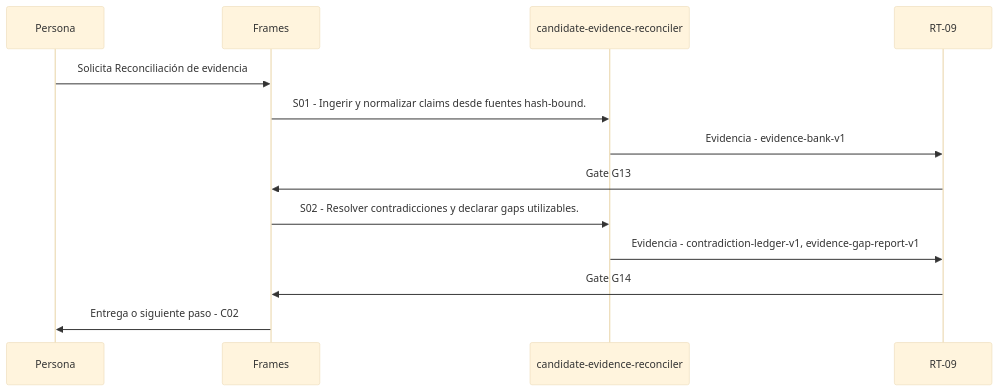
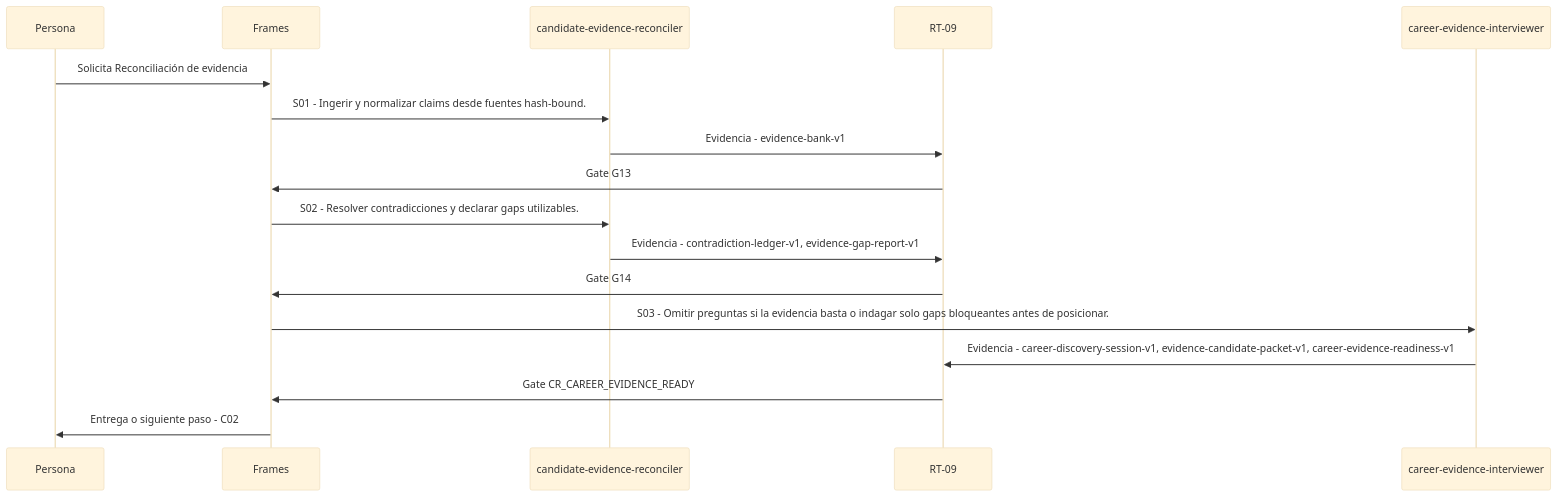
One commit to Francixco90/metodologia-frames-agent-os changed the diagram in 01_intencion/reference/workflows/c01.md. Above: the diagram before and after it, drawn with Mermaid (base theme). The commit also changed other lines of this file and 11 other files, not shown here.

Commit message:
feat(career): gate positioning on evidence readiness

````diff
--- a/01_intencion/reference/workflows/c01.md
+++ b/01_intencion/reference/workflows/c01.md
@@ -41,15 +45,19 @@
 ```mermaid
 sequenceDiagram
   participant a0_Persona as Persona
   participant a1_Frames as Frames
   participant a2_candidate_evidence_reconciler as candidate-evidence-reconciler
   participant a3_RT_09 as RT-09
+  participant a4_career_evidence_interviewer as career-evidence-interviewer
   a0_Persona->>a1_Frames: Solicita Reconciliación de evidencia
   a1_Frames->>a2_candidate_evidence_reconciler: S01 - Ingerir y normalizar claims desde fuentes hash-bound.
   a2_candidate_evidence_reconciler->>a3_RT_09: Evidencia - evidence-bank-v1
   a3_RT_09->>a1_Frames: Gate G13
   a1_Frames->>a2_candidate_evidence_reconciler: S02 - Resolver contradicciones y declarar gaps utilizables.
   a2_candidate_evidence_reconciler->>a3_RT_09: Evidencia - contradiction-ledger-v1, evidence-gap-report-v1
   a3_RT_09->>a1_Frames: Gate G14
+  a1_Frames->>a4_career_evidence_interviewer: S03 - Omitir preguntas si la evidencia basta o indagar solo gaps bloqueantes antes de posicionar.
+  a4_career_evidence_interviewer->>a3_RT_09: Evidencia - career-discovery-session-v1, evidence-candidate-packet-v1, career-evidence-readiness-v1
+  a3_RT_09->>a1_Frames: Gate CR_CAREER_EVIDENCE_READY
   a1_Frames->>a0_Persona: Entrega o siguiente paso - C02
 ```
````
